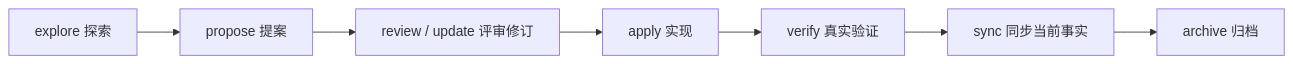
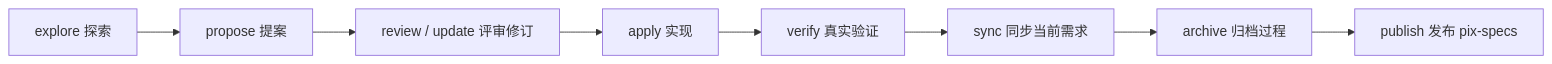
The diagram in docs/PixCode中文使用手册.md (BruceSongCN/PixCode), drawn with Mermaid before and after one commit. The commit also changed other lines of this file and 48 other files, not shown here.

````diff
--- a/docs/PixCode中文使用手册.md
+++ b/docs/PixCode中文使用手册.md
@@ -144,9 +168,10 @@
 ```mermaid
 flowchart LR
     A["explore 探索"] --> B["propose 提案"]
     B --> C["review / update 评审修订"]
     C --> D["apply 实现"]
     D --> E["verify 真实验证"]
-    E --> F["sync 同步当前事实"]
-    F --> G["archive 归档"]
+    E --> F["sync 同步当前需求"]
+    F --> G["archive 归档过程"]
+    G --> H["publish 发布 pix-specs"]
 ```
````
